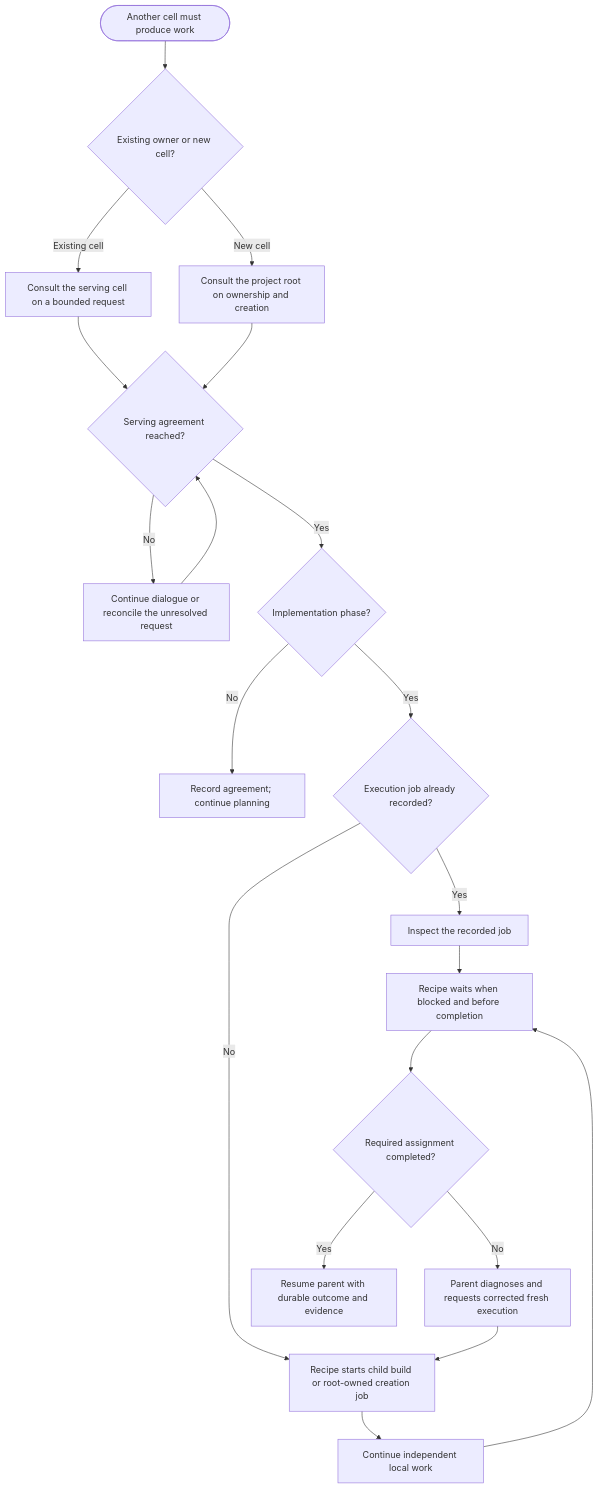
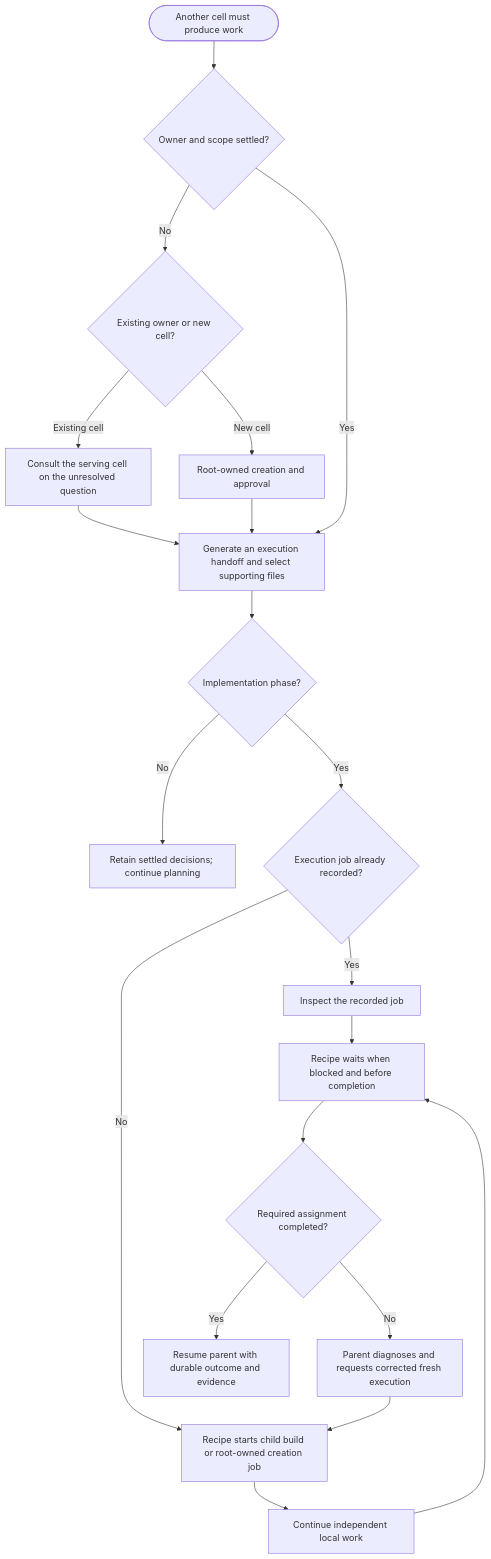
One commit to colony-2/recipes changed the second of 3 diagrams in ADAPTIVE_BUILD_PROCESS.md. Above: the diagram before and after it, drawn with Mermaid. The commit also changed other lines of this file and 54 other files, not shown here.

````diff
--- a/ADAPTIVE_BUILD_PROCESS.md
+++ b/ADAPTIVE_BUILD_PROCESS.md
@@ -103,22 +106,22 @@
 ```mermaid
 flowchart TD
-    Need([Another cell must produce work]) --> Owner{Existing owner or new cell?}
-    Owner -->|Existing cell| Serving[Consult the serving cell on a bounded request]
-    Owner -->|New cell| Root[Consult the project root on ownership and creation]
-    Serving --> Agreement{Serving agreement reached?}
-    Root --> Agreement
-    Agreement -->|No| Resolve[Continue dialogue or reconcile the unresolved request]
-    Resolve --> Agreement
-    Agreement -->|Yes| Phase{Implementation phase?}
-    Phase -->|No| Record[Record agreement; continue planning]
+    Need([Another cell must produce work]) --> Settled{Owner and scope settled?}
+    Settled -->|No| Owner{Existing owner or new cell?}
+    Owner -->|Existing cell| Serving[Consult the serving cell on the unresolved question]
+    Owner -->|New cell| Root[Root-owned creation and approval]
+    Serving --> Handoff[Generate an execution handoff and select supporting files]
+    Root --> Handoff
+    Settled -->|Yes| Handoff
+    Handoff --> Phase{Implementation phase?}
+    Phase -->|No| Record[Retain settled decisions; continue planning]
     Phase -->|Yes| Known{Execution job already recorded?}
     Known -->|Yes| Reuse[Inspect the recorded job]
     Known -->|No| Launch[Recipe starts child build or root-owned creation job]
     Launch --> Independent[Continue independent local work]
     Independent --> Wait[Recipe waits when blocked and before completion]
     Reuse --> Wait
     Wait --> Success{Required assignment completed?}
     Success -->|No| Repair[Parent diagnoses and requests corrected fresh execution]
     Repair --> Launch
     Success -->|Yes| Resume[Resume parent with durable outcome and evidence]
 ```
````
